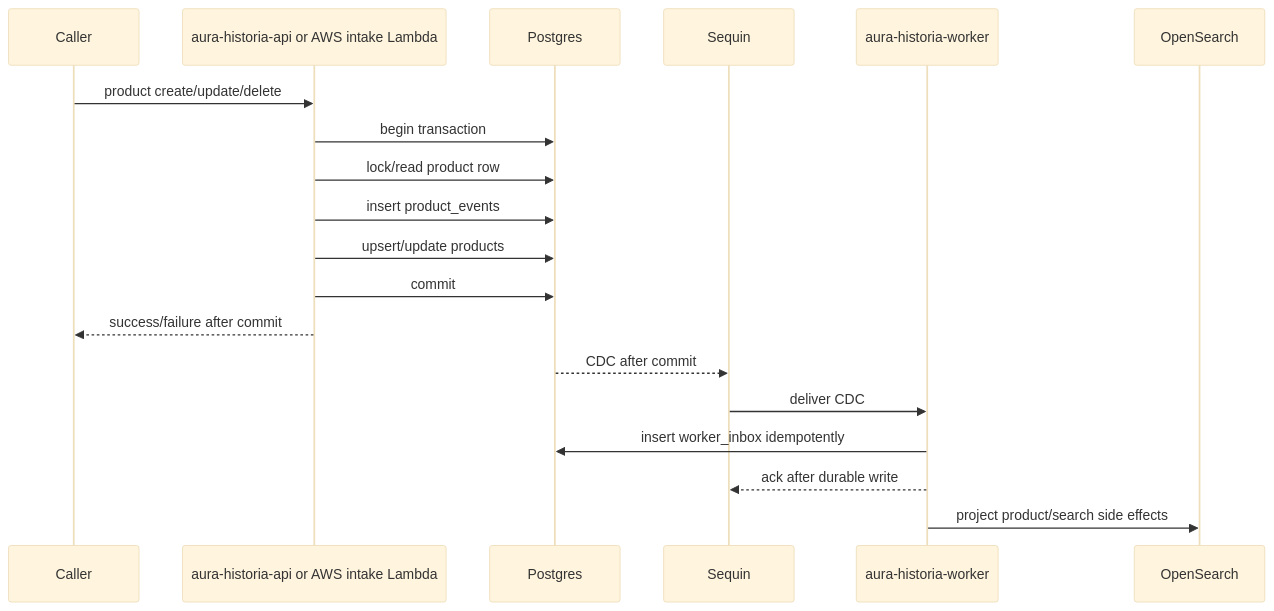
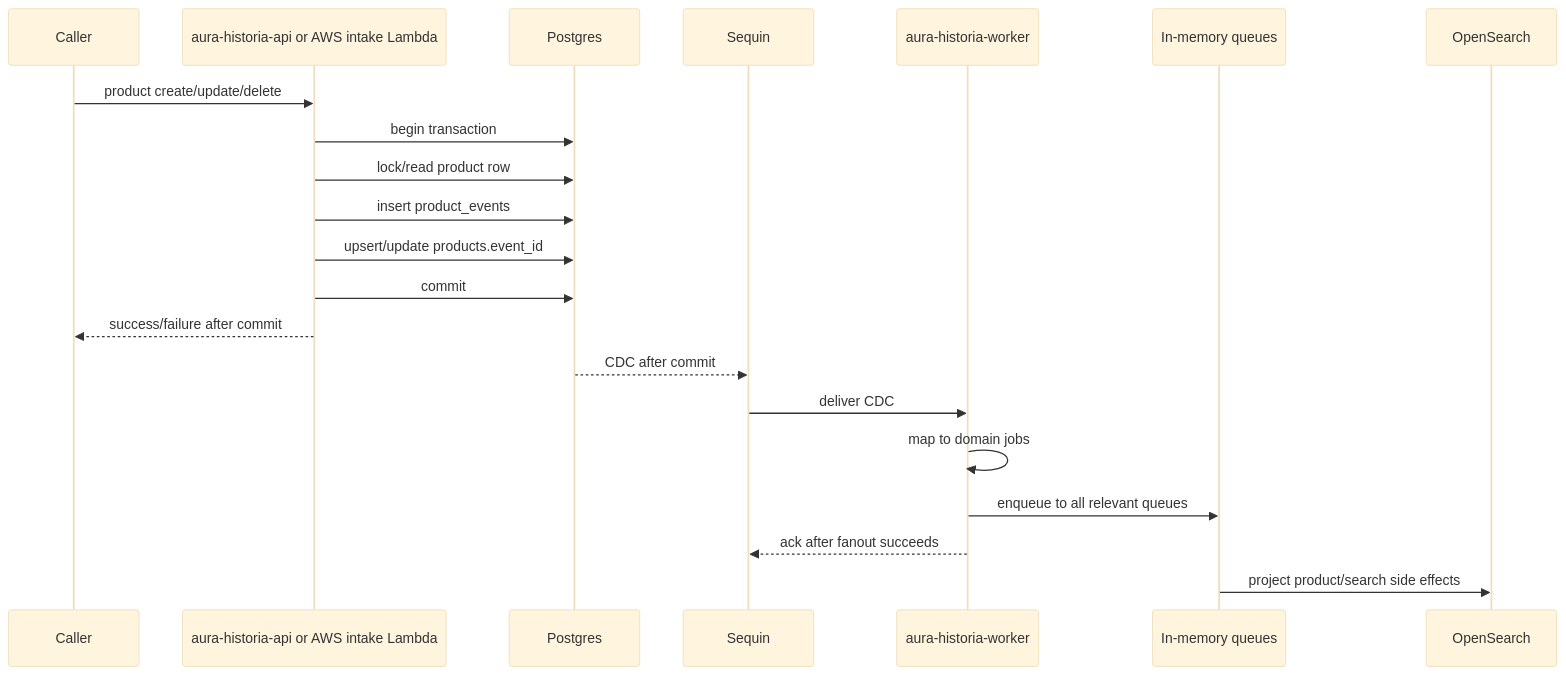
One commit to aura-historia/backend changed the second of 2 diagrams in docs/events/flow.md. Above: the diagram before and after it, drawn with Mermaid (base theme). The commit also changed other lines of this file and 2 other files, not shown here.

Commit message:
Refine migration ADR after review

````diff
--- a/docs/events/flow.md
+++ b/docs/events/flow.md
@@ -71,22 +77,24 @@
 ```mermaid
 sequenceDiagram
     participant Caller
     participant API as aura-historia-api or AWS intake Lambda
     participant PG as Postgres
     participant Sequin
     participant Worker as aura-historia-worker
+    participant Queue as In-memory queues
     participant OS as OpenSearch
 
     Caller->>API: product create/update/delete
     API->>PG: begin transaction
     API->>PG: lock/read product row
     API->>PG: insert product_events
-    API->>PG: upsert/update products
+    API->>PG: upsert/update products.event_id
     API->>PG: commit
     API-->>Caller: success/failure after commit
     PG-->>Sequin: CDC after commit
     Sequin->>Worker: deliver CDC
-    Worker->>PG: insert worker_inbox idempotently
-    Worker-->>Sequin: ack after durable write
-    Worker->>OS: project product/search side effects
+    Worker->>Worker: map to domain jobs
+    Worker->>Queue: enqueue to all relevant queues
+    Worker-->>Sequin: ack after fanout succeeds
+    Queue->>OS: project product/search side effects
 ```
````
